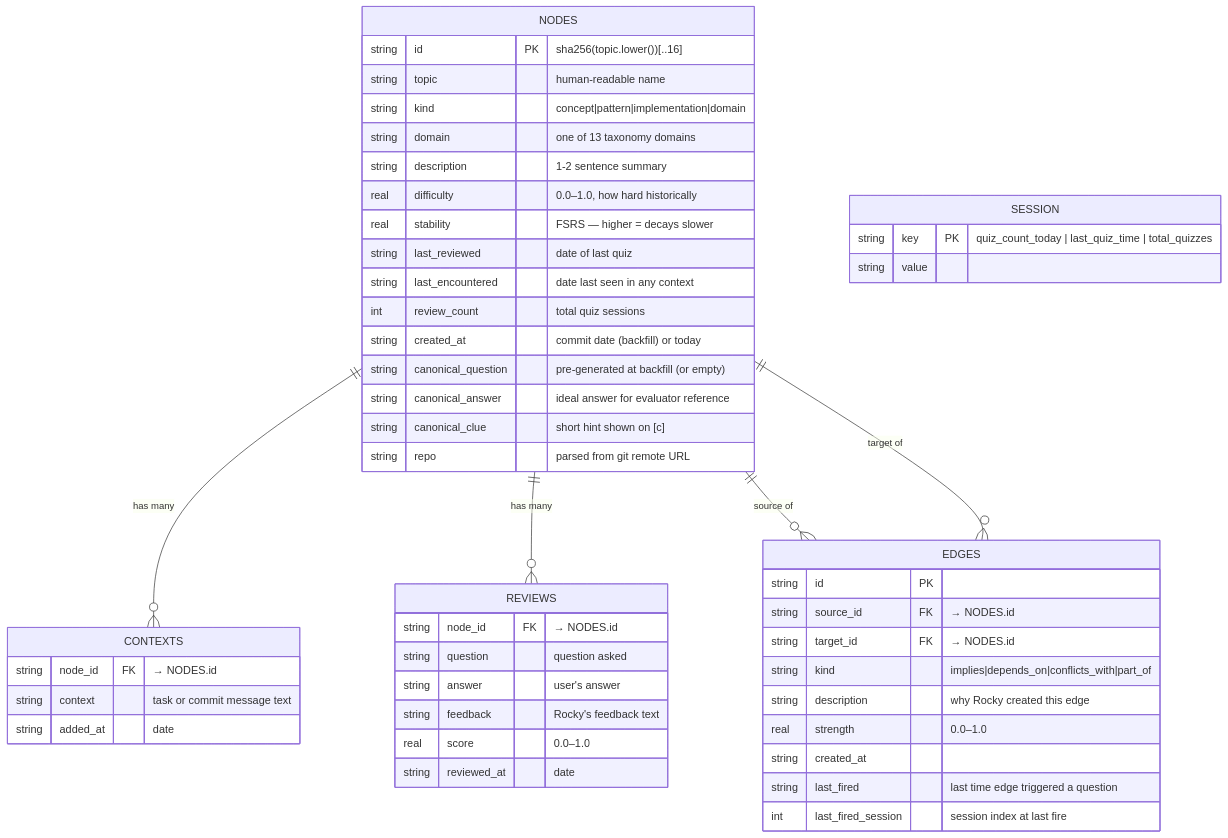
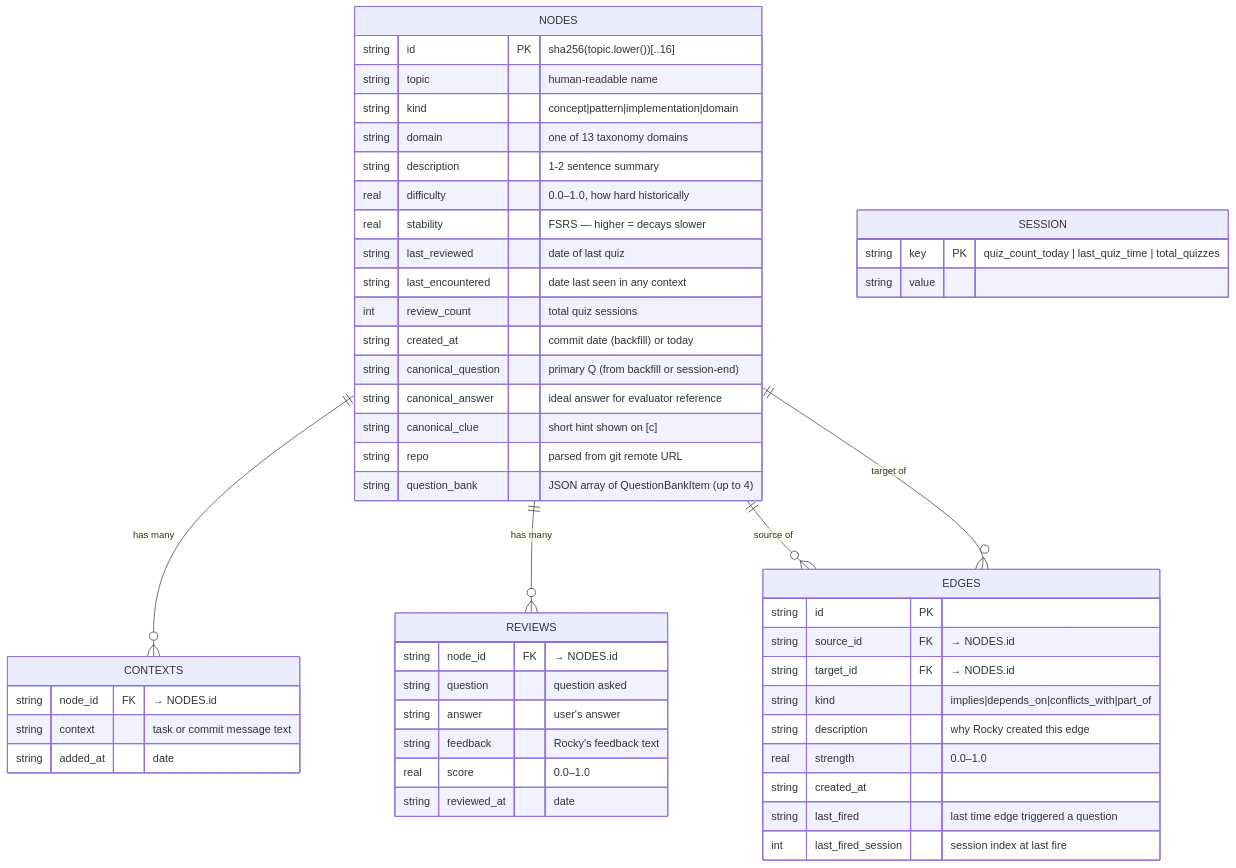
Before and after one commit to NVME-git/rocky: the diagram in study/02_data_model.md, drawn with Mermaid. The commit also changed other lines of this file and 15 other files, not shown here.

First line of the commit message:
docs(study): update all study diagrams for rich-context, Rocky IQ, and voice

````diff
--- a/study/02_data_model.md
+++ b/study/02_data_model.md
@@ -5,57 +5,58 @@
 ```mermaid
 erDiagram
     NODES {
         string id PK "sha256(topic.lower())[..16]"
         string topic "human-readable name"
         string kind "concept|pattern|implementation|domain"
         string domain "one of 13 taxonomy domains"
         string description "1-2 sentence summary"
         real difficulty "0.0–1.0, how hard historically"
         real stability "FSRS — higher = decays slower"
         string last_reviewed "date of last quiz"
         string last_encountered "date last seen in any context"
         int review_count "total quiz sessions"
         string created_at "commit date (backfill) or today"
-        string canonical_question "pre-generated at backfill (or empty)"
+        string canonical_question "primary Q (from backfill or session-end)"
         string canonical_answer "ideal answer for evaluator reference"
         string canonical_clue "short hint shown on [c]"
         string repo "parsed from git remote URL"
+        string question_bank "JSON array of QuestionBankItem (up to 4)"
     }
 
     CONTEXTS {
         string node_id FK "→ NODES.id"
         string context "task or commit message text"
         string added_at "date"
     }
 
     REVIEWS {
         string node_id FK "→ NODES.id"
         string question "question asked"
         string answer "user's answer"
         string feedback "Rocky's feedback text"
         real score "0.0–1.0"
         string reviewed_at "date"
     }
 
     EDGES {
         string id PK
         string source_id FK "→ NODES.id"
         string target_id FK "→ NODES.id"
         string kind "implies|depends_on|conflicts_with|part_of"
         string description "why Rocky created this edge"
         real strength "0.0–1.0"
         string created_at
         string last_fired "last time edge triggered a question"
         int last_fired_session "session index at last fire"
     }
 
     SESSION {
         string key PK "quiz_count_today | last_quiz_time | total_quizzes"
         string value
     }
 
     NODES ||--o{ CONTEXTS : "has many"
     NODES ||--o{ REVIEWS  : "has many"
     NODES ||--o{ EDGES    : "source of"
     NODES ||--o{ EDGES    : "target of"
 ```
````
